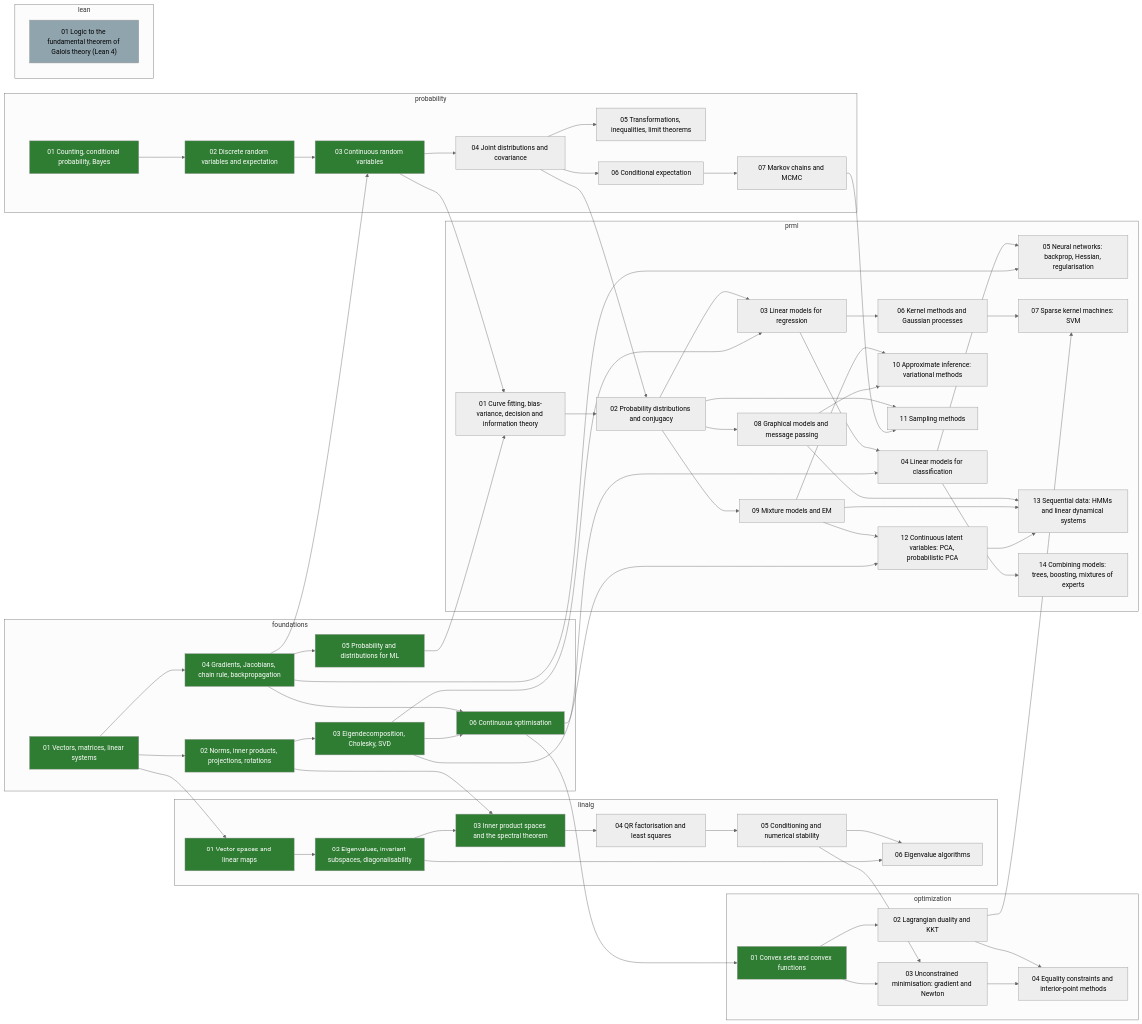
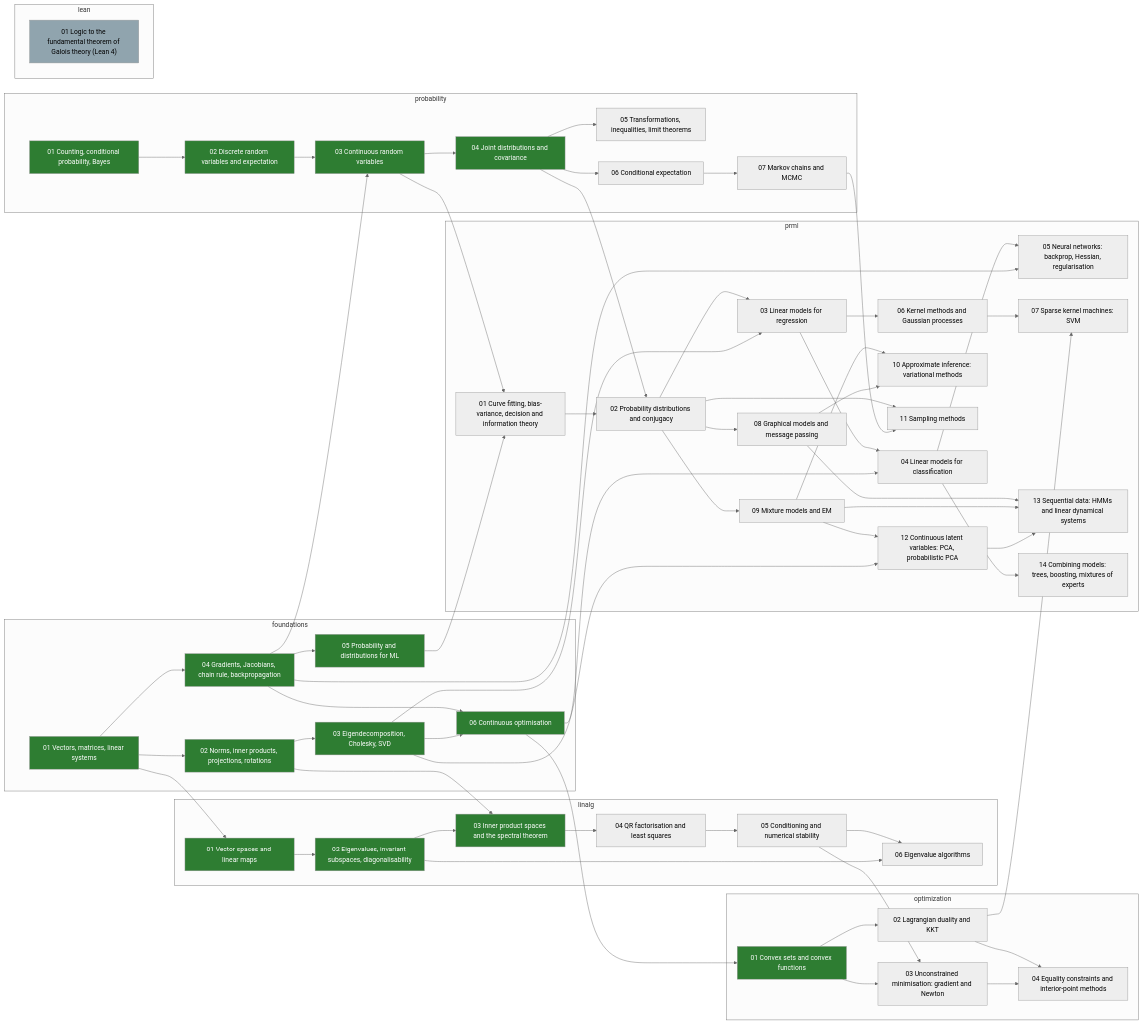
One commit to alektebel/learn-stuff-from-scratch changed the diagram in skill-tree/README.md. Above: the diagram before and after it, drawn with Mermaid (neutral theme). The commit also changed other lines of this file and 8 other files, not shown here.

First line of the commit message:
math: build probability-04-joint

```diff
--- a/skill-tree/README.md
+++ b/skill-tree/README.md
@@ -89,7 +89,7 @@
     probability-01-counting-conditioning["01 Counting, conditional probability, Bayes"]:::done
     probability-02-random-variables["02 Discrete random variables and expectation"]:::done
     probability-03-continuous["03 Continuous random variables"]:::done
-    probability-04-joint["04 Joint distributions and covariance"]
+    probability-04-joint["04 Joint distributions and covariance"]:::done
     probability-05-limits-inequalities["05 Transformations, inequalities, limit theorems"]
     probability-06-conditional-expectation["06 Conditional expectation"]
     probability-07-markov-chains-mcmc["07 Markov chains and MCMC"]
```
